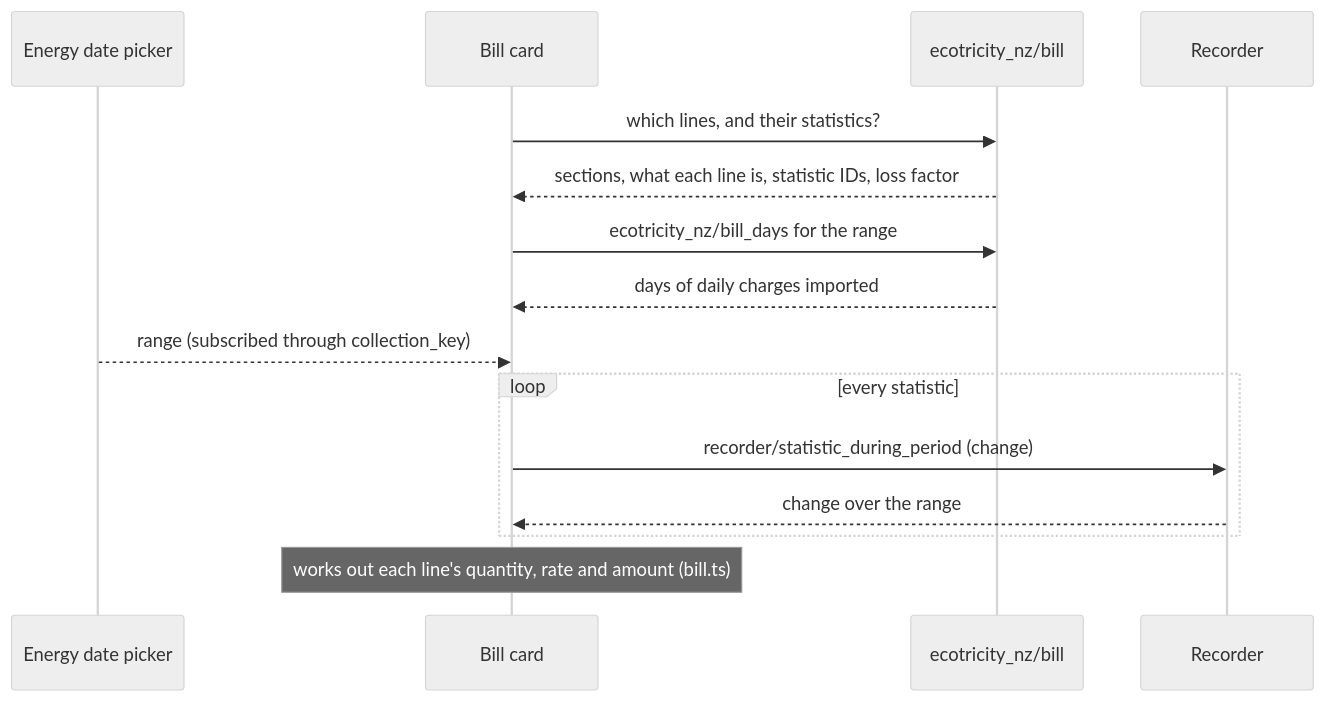
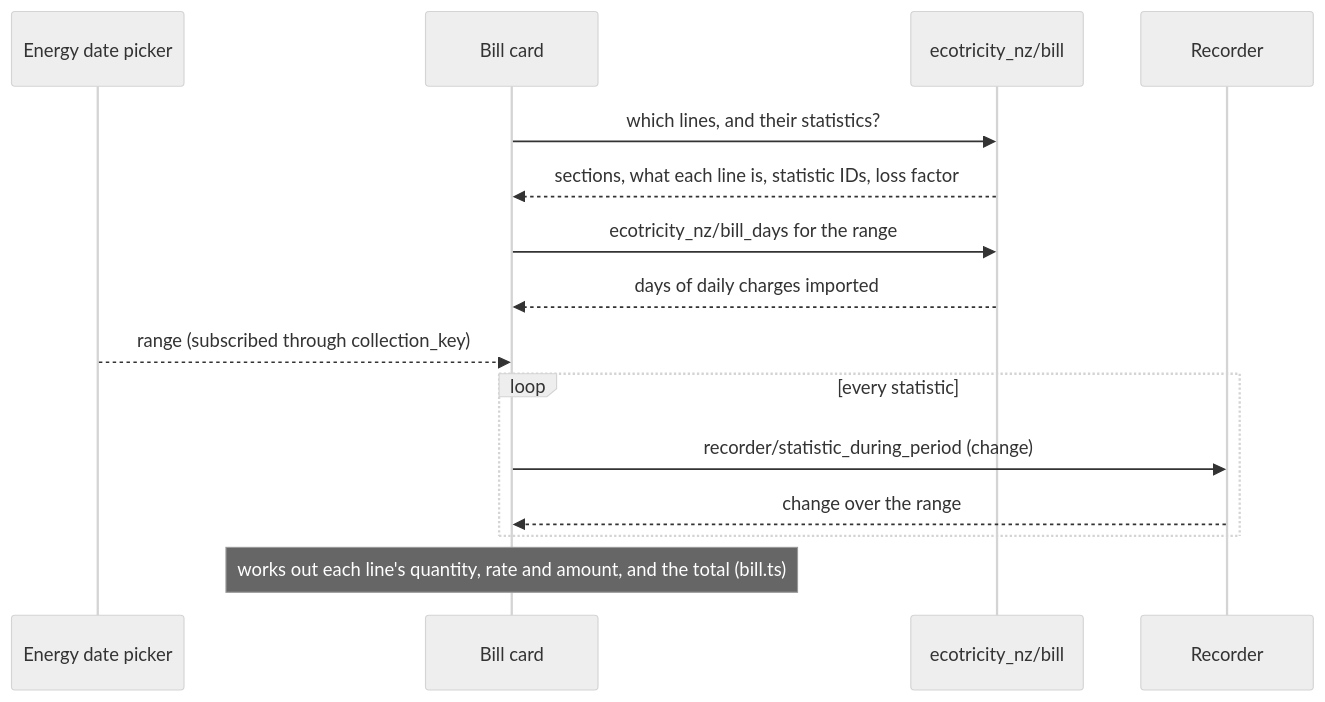
Before and after one commit to rhyskoedijk/ha-ecotricity-nz: the fourth of 5 diagrams in docs/architecture.md, drawn with Mermaid (neutral theme). The commit also changed other lines of this file and 13 other files, not shown here.

````diff
--- a/docs/architecture.md
+++ b/docs/architecture.md
@@ -190,17 +190,17 @@
 ```mermaid
 sequenceDiagram
     participant D as Energy date picker
     participant C as Bill card
     participant W as ecotricity_nz/bill
     participant R as Recorder
     C->>W: which lines, and their statistics?
     W-->>C: sections, what each line is, statistic IDs, loss factor
     C->>W: ecotricity_nz/bill_days for the range
     W-->>C: days of daily charges imported
     D-->>C: range (subscribed through collection_key)
     loop every statistic
         C->>R: recorder/statistic_during_period (change)
         R-->>C: change over the range
     end
-    Note over C: works out each line's quantity, rate and amount (bill.ts)
+    Note over C: works out each line's quantity, rate and amount, and the total (bill.ts)
 ```
````
